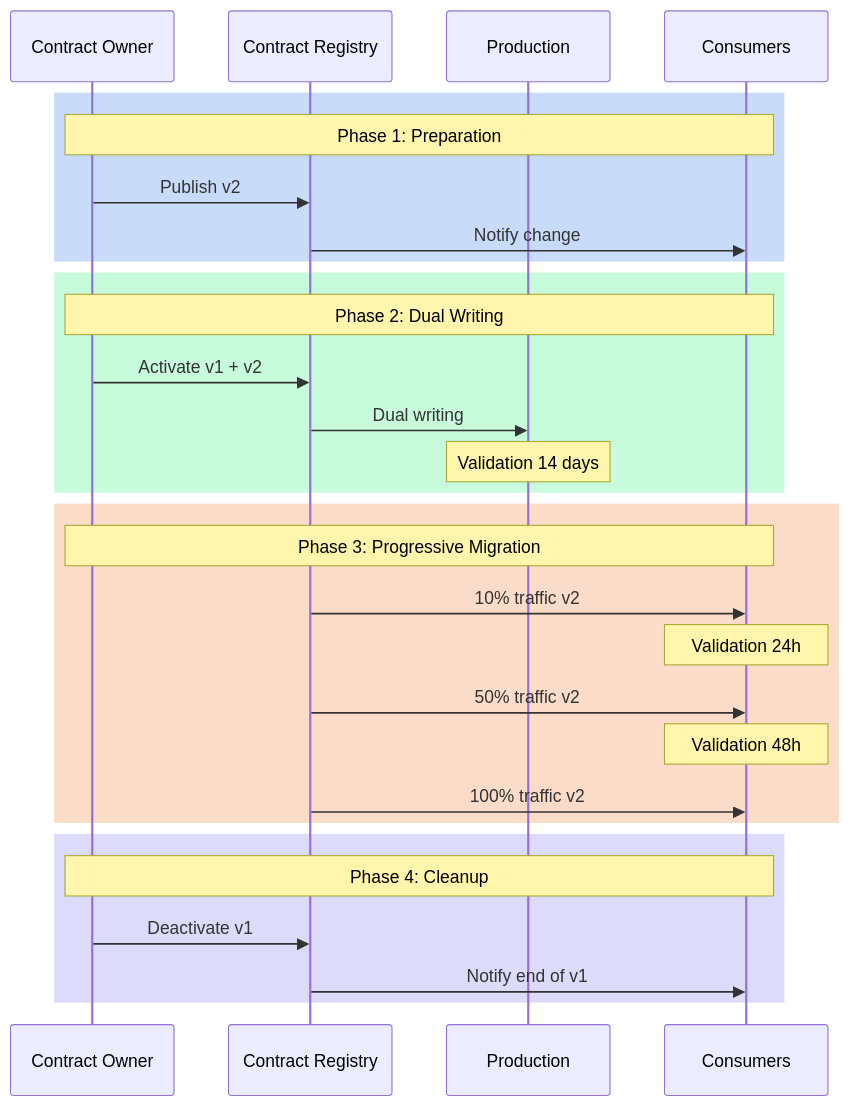
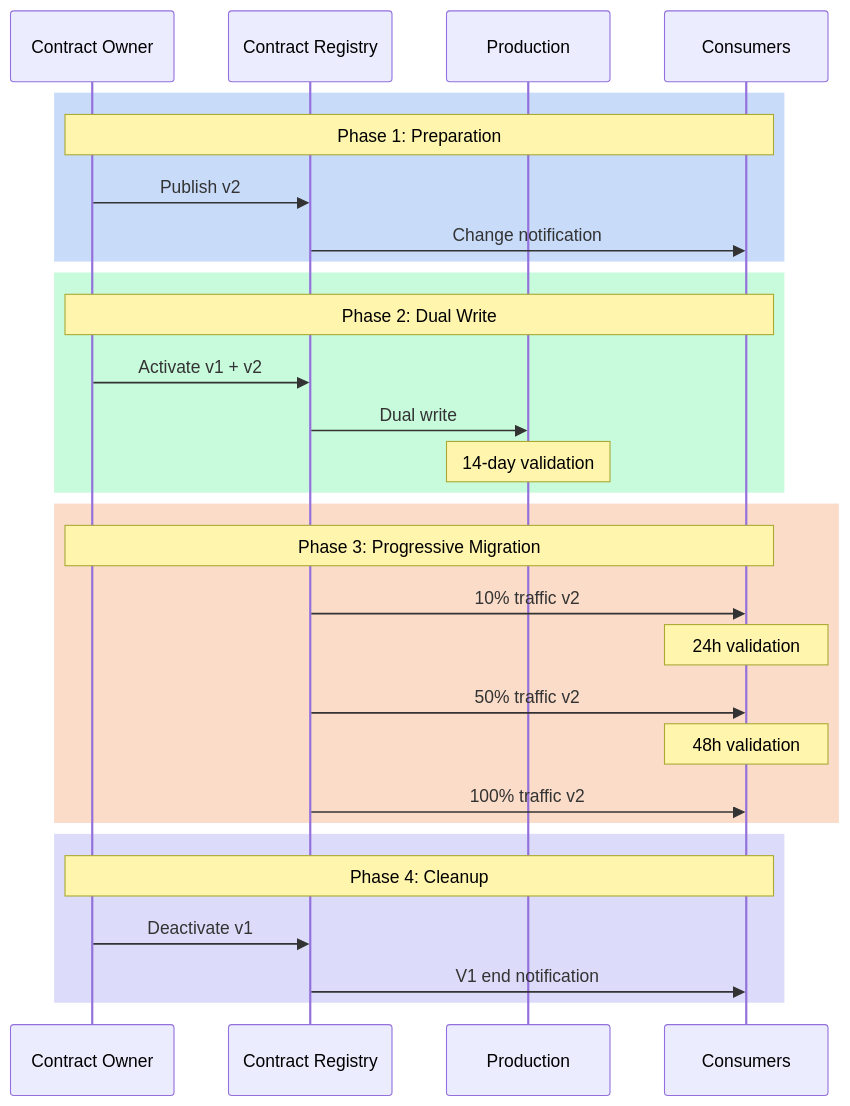
Before and after one commit to monmaya/pyb-data-contracts: the first of 2 diagrams in docs/en/articles/03-workflow-and-versioning.md, drawn with Mermaid. The commit also changed other lines of this file and 15 other files, not shown here.

````diff
--- a/docs/en/articles/03-workflow-and-versioning.md
+++ b/docs/en/articles/03-workflow-and-versioning.md
@@ -15,35 +18,35 @@
 ```mermaid
 sequenceDiagram
     participant Owner as Contract Owner
     participant Registry as Contract Registry
     participant Prod as Production
     participant Consumers as Consumers
 
     rect rgb(200, 220, 250)
         Note over Owner,Consumers: Phase 1: Preparation
         Owner->>Registry: Publish v2
-        Registry->>Consumers: Notify change
+        Registry->>Consumers: Change notification
     end
 
     rect rgb(200, 250, 220)
-        Note over Owner,Consumers: Phase 2: Dual Writing
+        Note over Owner,Consumers: Phase 2: Dual Write
         Owner->>Registry: Activate v1 + v2
-        Registry->>Prod: Dual writing
-        Note over Prod: Validation 14 days
+        Registry->>Prod: Dual write
+        Note over Prod: 14-day validation
     end
 
     rect rgb(250, 220, 200)
         Note over Owner,Consumers: Phase 3: Progressive Migration
         Registry->>Consumers: 10% traffic v2
-        Note over Consumers: Validation 24h
+        Note over Consumers: 24h validation
         Registry->>Consumers: 50% traffic v2
-        Note over Consumers: Validation 48h
+        Note over Consumers: 48h validation
         Registry->>Consumers: 100% traffic v2
     end
 
     rect rgb(220, 220, 250)
         Note over Owner,Consumers: Phase 4: Cleanup
         Owner->>Registry: Deactivate v1
-        Registry->>Consumers: Notify end of v1
+        Registry->>Consumers: V1 end notification
     end
 ```
````
